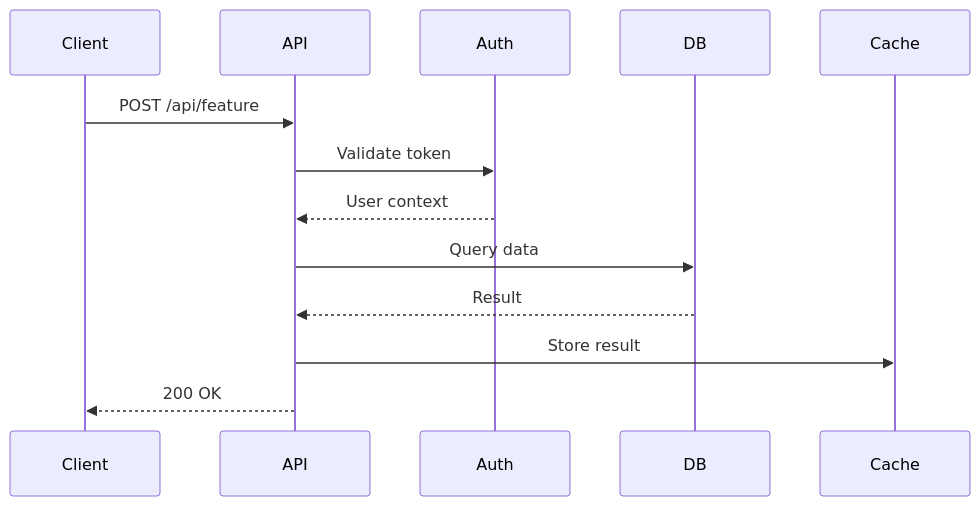
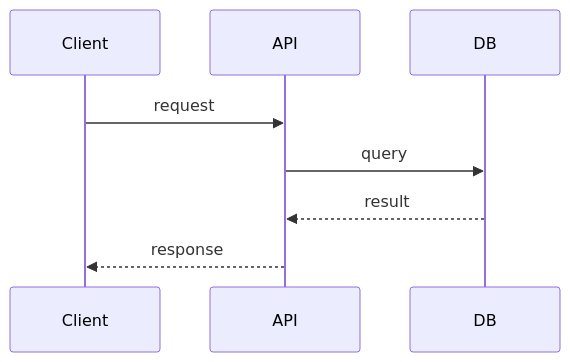
The second of 4 diagrams in plugins/ai/skills/fdr/references/fdr-template.md (NguyenNhan1610/codex-copilot-plugin-cc), drawn with Mermaid before and after one commit. The commit also changed other lines of this file and 16 other files, not shown here.

First line of the commit message:
Optimize prompts: slim templates, split usage guide, trim mermaid blocks, bump to 4.3.1

````diff
--- a/plugins/ai/skills/fdr/references/fdr-template.md
+++ b/plugins/ai/skills/fdr/references/fdr-template.md
@@ -66,16 +48,10 @@
 ```mermaid
 sequenceDiagram
     participant Client
     participant API
-    participant Auth
     participant DB
-    participant Cache
-
-    Client->>API: POST /api/feature
-    API->>Auth: Validate token
-    Auth-->>API: User context
-    API->>DB: Query data
-    DB-->>API: Result
-    API->>Cache: Store result
-    API-->>Client: 200 OK
+    Client->>API: request
+    API->>DB: query
+    DB-->>API: result
+    API-->>Client: response
 ```
````
